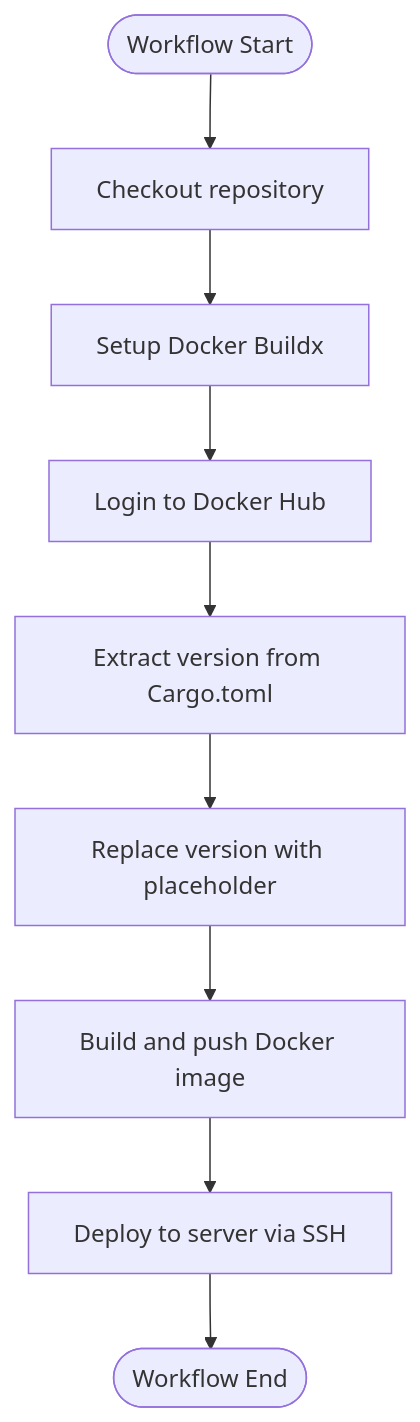
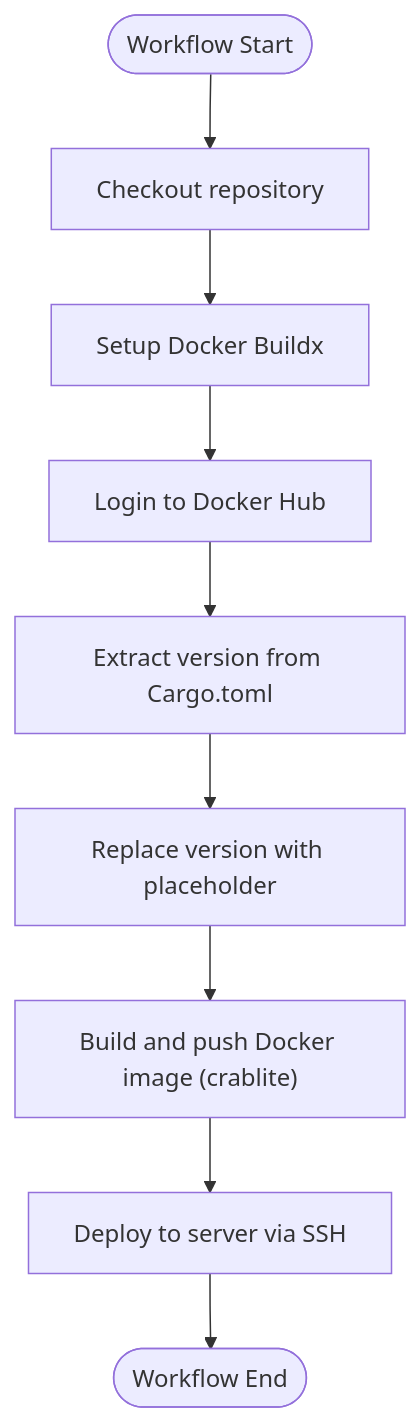
Before and after one commit to sutanto1010/crablite: the eighth of 10 diagrams in .qoder/repowiki/en/content/Deployment & Operations/Release Process.md, drawn with Mermaid. The commit also changed other lines of this file and 30 other files, not shown here.

````diff
--- a/.qoder/repowiki/en/content/Deployment & Operations/Release Process.md
+++ b/.qoder/repowiki/en/content/Deployment & Operations/Release Process.md
@@ -259,11 +285,11 @@
 ```mermaid
 flowchart TD
 Start(["Workflow Start"]) --> Checkout["Checkout repository"]
 Checkout --> Buildx["Setup Docker Buildx"]
 Buildx --> Login["Login to Docker Hub"]
 Login --> Extract["Extract version from Cargo.toml"]
 Extract --> Replace["Replace version with placeholder"]
-Replace --> Build["Build and push Docker image"]
+Replace --> Build["Build and push Docker image (crablite)"]
 Build --> Deploy["Deploy to server via SSH"]
 Deploy --> End(["Workflow End"])
 ```
````
